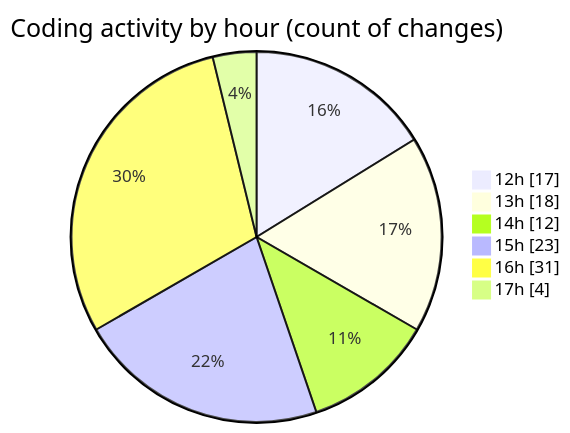
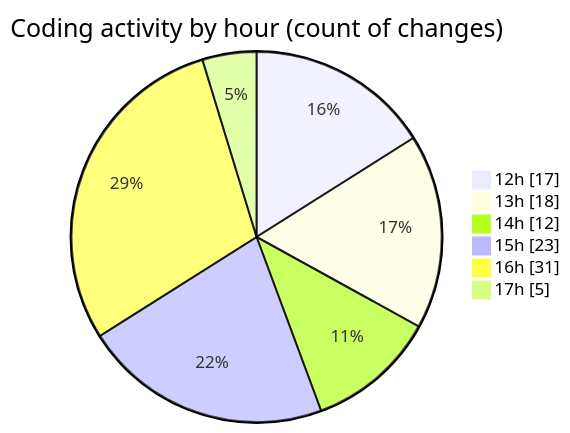
One commit to CELIANVF/code-tracking changed the second of 2 diagrams in 2025-06-01/video_app/README.md. Above: the diagram before and after it, drawn with Mermaid. The commit also changed other lines of this file and 1 other file, not shown here.

````diff
--- a/2025-06-01/video_app/README.md
+++ b/2025-06-01/video_app/README.md
@@ -38,10 +38,10 @@
 ```mermaid
 pie showData
 title Coding activity by hour (count of changes)
 "12h" : 17
 "13h" : 18
 "14h" : 12
 "15h" : 23
 "16h" : 31
-"17h" : 4
+"17h" : 5
 ```
````
